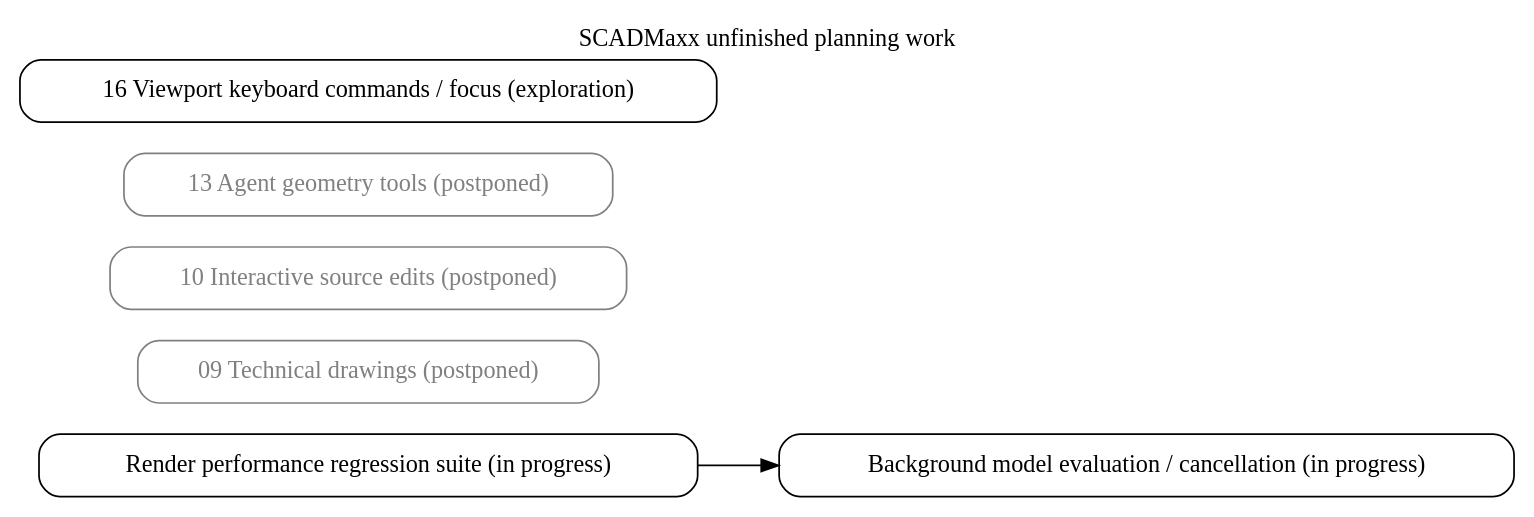
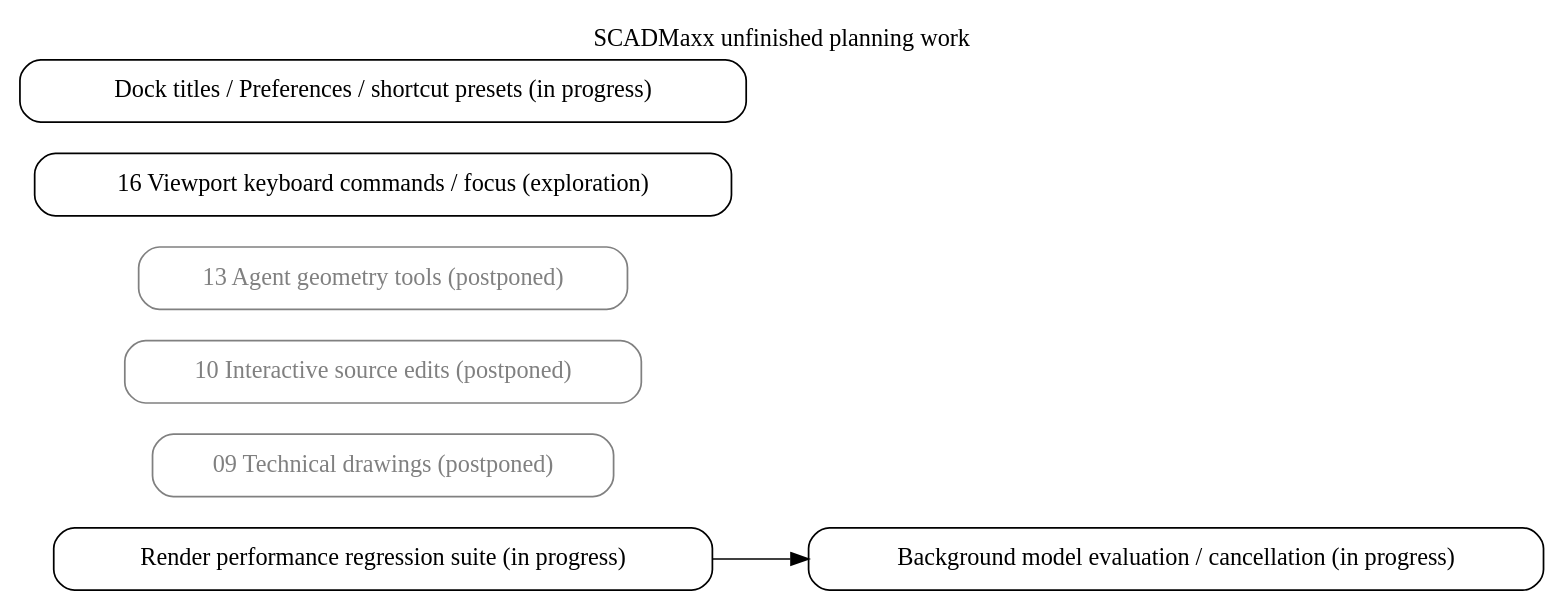
The diagram in .plans/feature_dependencies.dot (etjones/SCADMaxx), drawn with Graphviz before and after one commit. The commit also changed 12 other files, not shown here.

```diff
--- a/.plans/feature_dependencies.dot
+++ b/.plans/feature_dependencies.dot
@@ -1,20 +1,21 @@
 digraph SCADMaxxFeatureDependencies {
   graph [rankdir=LR, label="SCADMaxx unfinished planning work", labelloc=t];
   node [shape=box, style=rounded];
 
   // Implemented prerequisites are omitted from this sparse work-order graph.
   // Actual maintained source ancestry, including completed foundations, is in
   // ../experimental/DEPENDENCIES.json and ../docs/feature-ancestry.md.
   // Independent reopen-last-model-on-startup (2026-10-06) has no sequencing edges and is omitted.
   // Geometry-bounds (2026-10-07) depends only on implemented OEP8 and has no unfinished sequencing edges.
   // Functional-toolbar-groups (2026-10-06) has no established sequencing edges and is omitted.
   // Baseline validation precedes accepting the background-evaluation refactor; this is not source ancestry.
   performance [label="Render performance regression suite (in progress)", URL="2_in-progress/2026-10-07_render-performance-regressions/1_exploration.md"];
   background [label="Background model evaluation / cancellation (in progress)", URL="2_in-progress/2026-10-07_background-model-evaluation/1_exploration.md"];
   performance -> background;
   // 09/10/13 consume existing foundations; none depends on another consumer UI.
   drawings [label="09 Technical drawings (postponed)", color=gray, fontcolor=gray, URL="1_planning/2026-10-03_09_technical-drawings/1_exploration.md"];
   editing [label="10 Interactive source edits (postponed)", color=gray, fontcolor=gray, URL="1_planning/2026-10-03_10_interactive-source-editing/1_exploration.md"];
   analysis [label="13 Agent geometry tools (postponed)", color=gray, fontcolor=gray, URL="1_planning/2026-10-03_13_agent-geometry-analysis/1_exploration.md"];
   keyboard [label="16 Viewport keyboard commands / focus (exploration)", URL="1_planning/2026-10-04_16_viewport-keyboard-commands/1_exploration.md"];
+  ui_consistency [label="Dock titles / Preferences / shortcut presets (in progress)", URL="2_in-progress/2026-10-10_preferences-and-dock-consistency/1_exploration.md"];
 }
```
